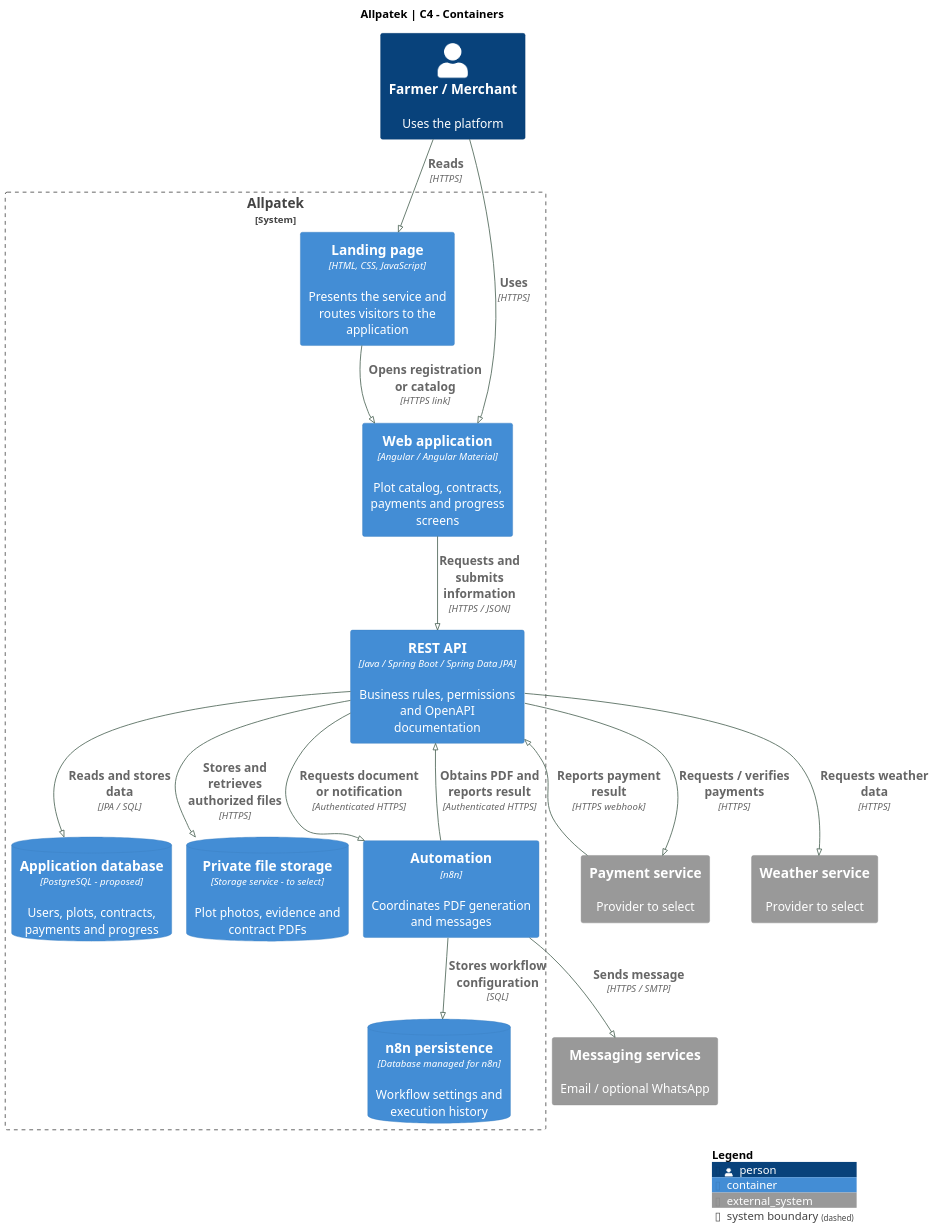
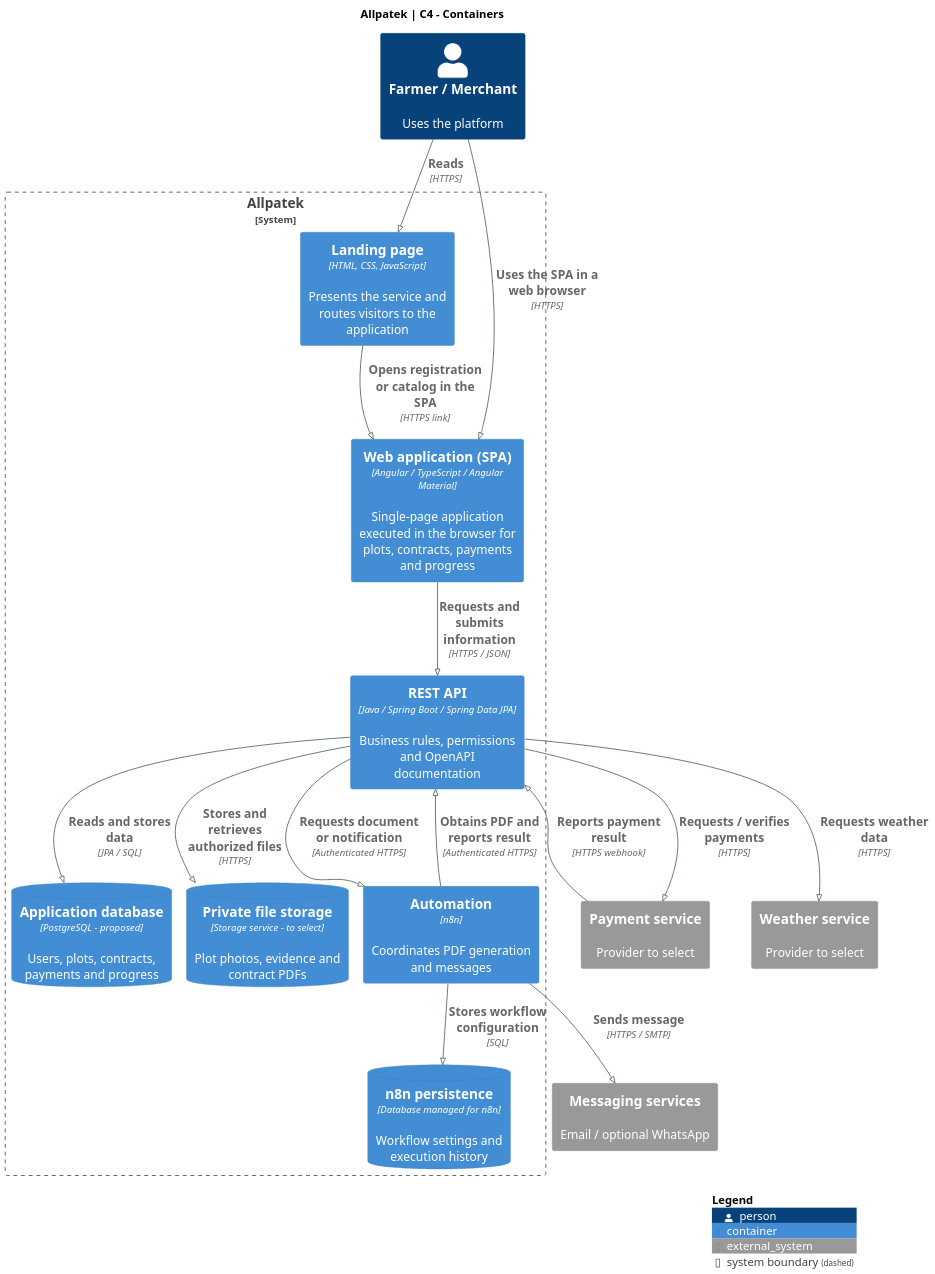
Before and after one commit to upc-pre-202620-1asi0729-7753-Terranova/allpatek-report: the diagram in assets/chapter-04/architecture/03-containers.puml, drawn with PlantUML. The commit also changed 8 other files, not shown here.

Commit message:
docs(architecture): refine EventStorming and C4 models

```diff
--- a/assets/chapter-04/architecture/03-containers.puml
+++ b/assets/chapter-04/architecture/03-containers.puml
@@ -1,42 +1,42 @@
 @startuml
 !pragma layout smetana
 !include <C4/C4_Container>
 skinparam backgroundColor white
 skinparam defaultFontName SansSerif
 skinparam defaultFontSize 15
 skinparam shadowing false
 skinparam classAttributeIconSize 0
 skinparam ArrowColor #476050
 skinparam dpi 140
 title Allpatek | C4 - Containers
 
 LAYOUT_TOP_DOWN()
 Person(user,"Farmer / Merchant","Uses the platform")
 System_Boundary(allpatek,"Allpatek") {
  Container(landing,"Landing page","HTML, CSS, JavaScript","Presents the service and routes visitors to the application")
- Container(web,"Web application","Angular / Angular Material","Plot catalog, contracts, payments and progress screens")
+ Container(web,"Web application (SPA)","Angular / TypeScript / Angular Material","Single-page application executed in the browser for plots, contracts, payments and progress")
  Container(api,"REST API","Java / Spring Boot / Spring Data JPA","Business rules, permissions and OpenAPI documentation")
  ContainerDb(db,"Application database","PostgreSQL - proposed","Users, plots, contracts, payments and progress")
  Container(auto,"Automation","n8n","Coordinates PDF generation and messages")
  ContainerDb(files,"Private file storage","Storage service - to select","Plot photos, evidence and contract PDFs")
  ContainerDb(runtime,"n8n persistence","Database managed for n8n","Workflow settings and execution history")
 }
 System_Ext(pay,"Payment service","Provider to select")
 System_Ext(weather,"Weather service","Provider to select")
 System_Ext(mail,"Messaging services","Email / optional WhatsApp")
 Rel(user,landing,"Reads", "HTTPS")
-Rel(user,web,"Uses", "HTTPS")
-Rel(landing,web,"Opens registration or catalog", "HTTPS link")
+Rel(user,web,"Uses the SPA in a web browser", "HTTPS")
+Rel(landing,web,"Opens registration or catalog in the SPA", "HTTPS link")
 Rel(web,api,"Requests and submits information", "HTTPS / JSON")
 Rel(api,db,"Reads and stores data", "JPA / SQL")
 Rel(api,files,"Stores and retrieves authorized files", "HTTPS")
 Rel(api,pay,"Requests / verifies payments", "HTTPS")
 Rel(pay,api,"Reports payment result", "HTTPS webhook")
 Rel(api,weather,"Requests weather data", "HTTPS")
 Rel(api,auto,"Requests document or notification", "Authenticated HTTPS")
 Rel(auto,api,"Obtains PDF and reports result", "Authenticated HTTPS")
 Rel(auto,mail,"Sends message", "HTTPS / SMTP")
 Rel(auto,runtime,"Stores workflow configuration", "SQL")
 SHOW_LEGEND()
 
 @enduml
```
